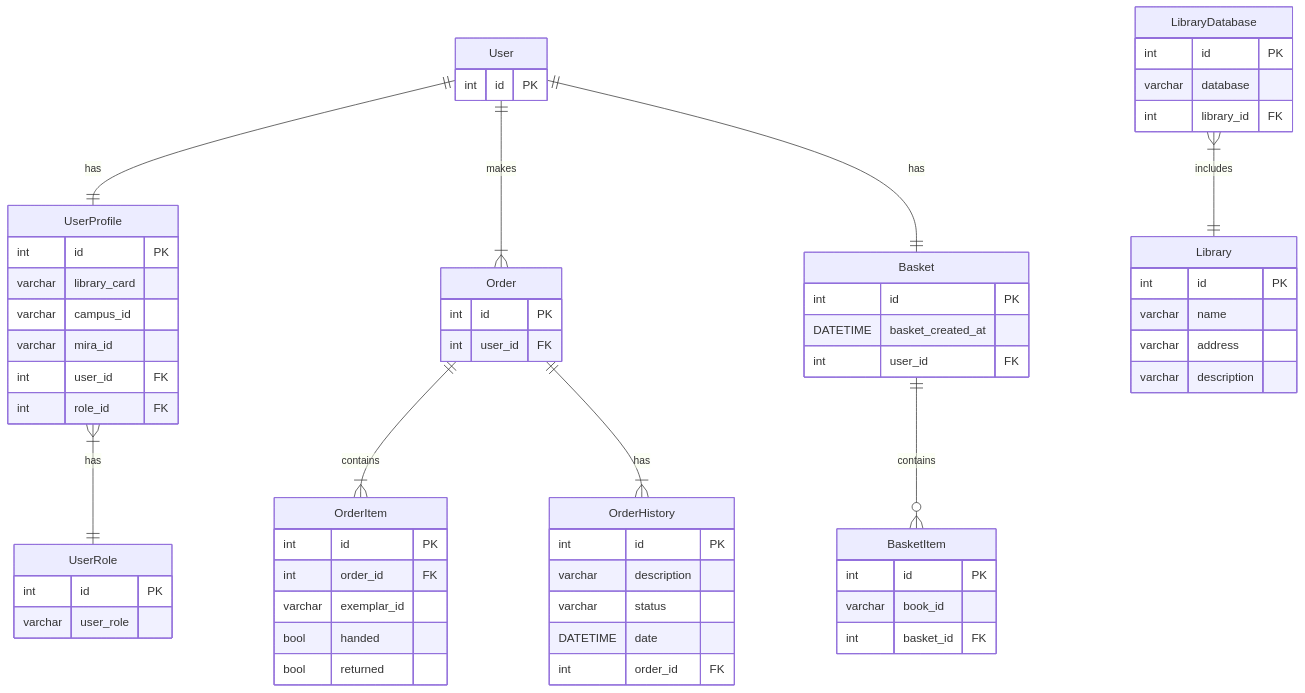
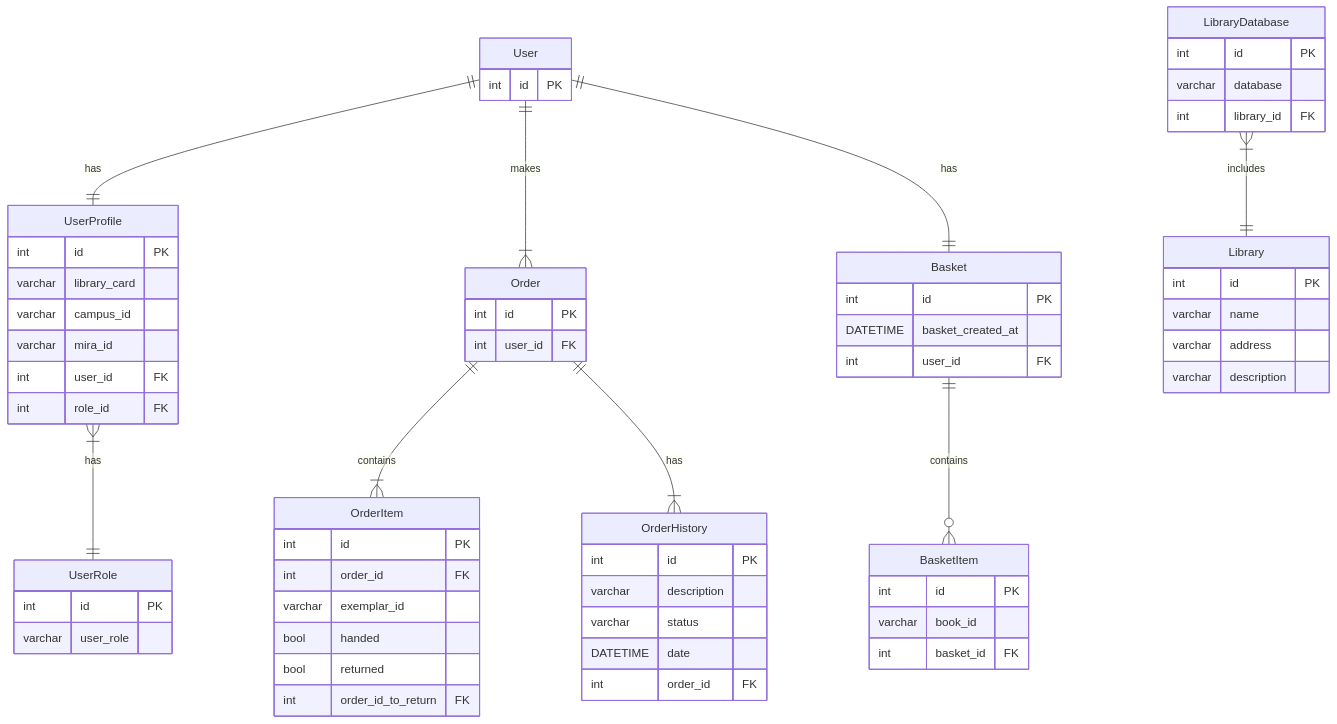
Before and after one commit to nnn1ki/library-online: the second of 2 diagrams in README.md, drawn with Mermaid. The commit also changed 3 other files, not shown here.

````diff
--- a/README.md
+++ b/README.md
@@ -32,76 +32,77 @@
 ```mermaid
 erDiagram
     User ||--|| UserProfile : has
     User ||--|{ Order : makes
     User ||--|| Basket : has
     UserProfile }|--|| UserRole : has
     Order ||--|{ OrderItem : contains
     Order ||--|{ OrderHistory : has
     Basket ||--o{ BasketItem : contains
     
     LibraryDatabase }|--|| Library : includes
     
     User { 
       int id PK 
     }
 
     UserProfile {
       int id PK 
       varchar library_card
       varchar campus_id 
       varchar mira_id
       int user_id FK
       int role_id FK
     }
 
     UserRole {
         int id PK
         varchar user_role 
     }
     
     Basket {
         int id PK 
         DATETIME basket_created_at 
         int user_id FK
     }
 
     BasketItem {
         int id PK
         varchar book_id
         int basket_id FK
     }
 
     Order {
         int id PK  
         int user_id FK
     }
 
     OrderHistory {
         int id PK
         varchar description
         varchar status
         DATETIME date
         int order_id FK 
     }
 
     OrderItem {
         int id PK
         int order_id FK
         varchar exemplar_id
         bool handed
         bool returned
+        int order_id_to_return FK
     }
 
     Library {
         int id PK
         varchar name
         varchar address
         varchar description
     }
 
     LibraryDatabase {
         int id PK
         varchar database
         int library_id FK
     }
 ```
````
